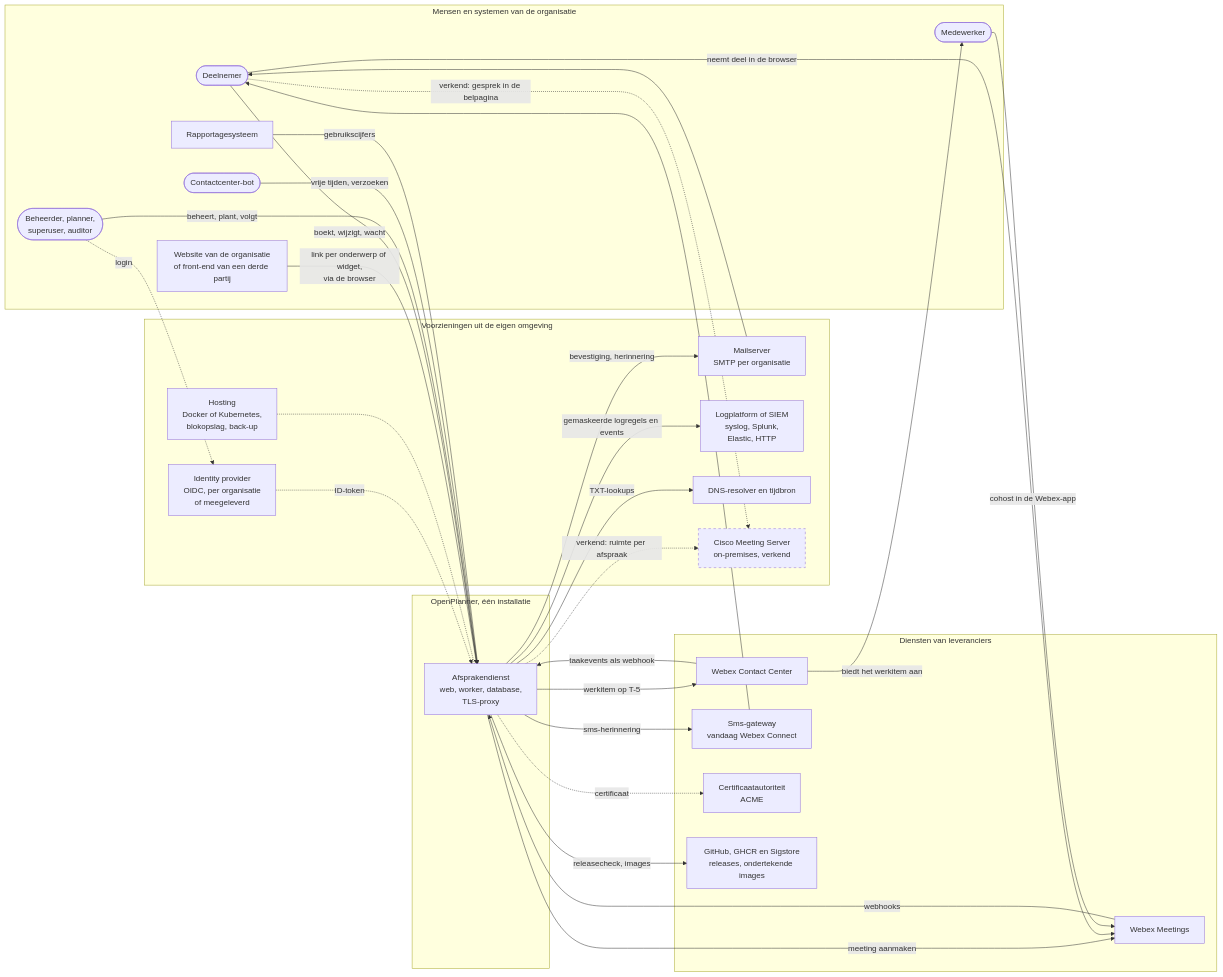
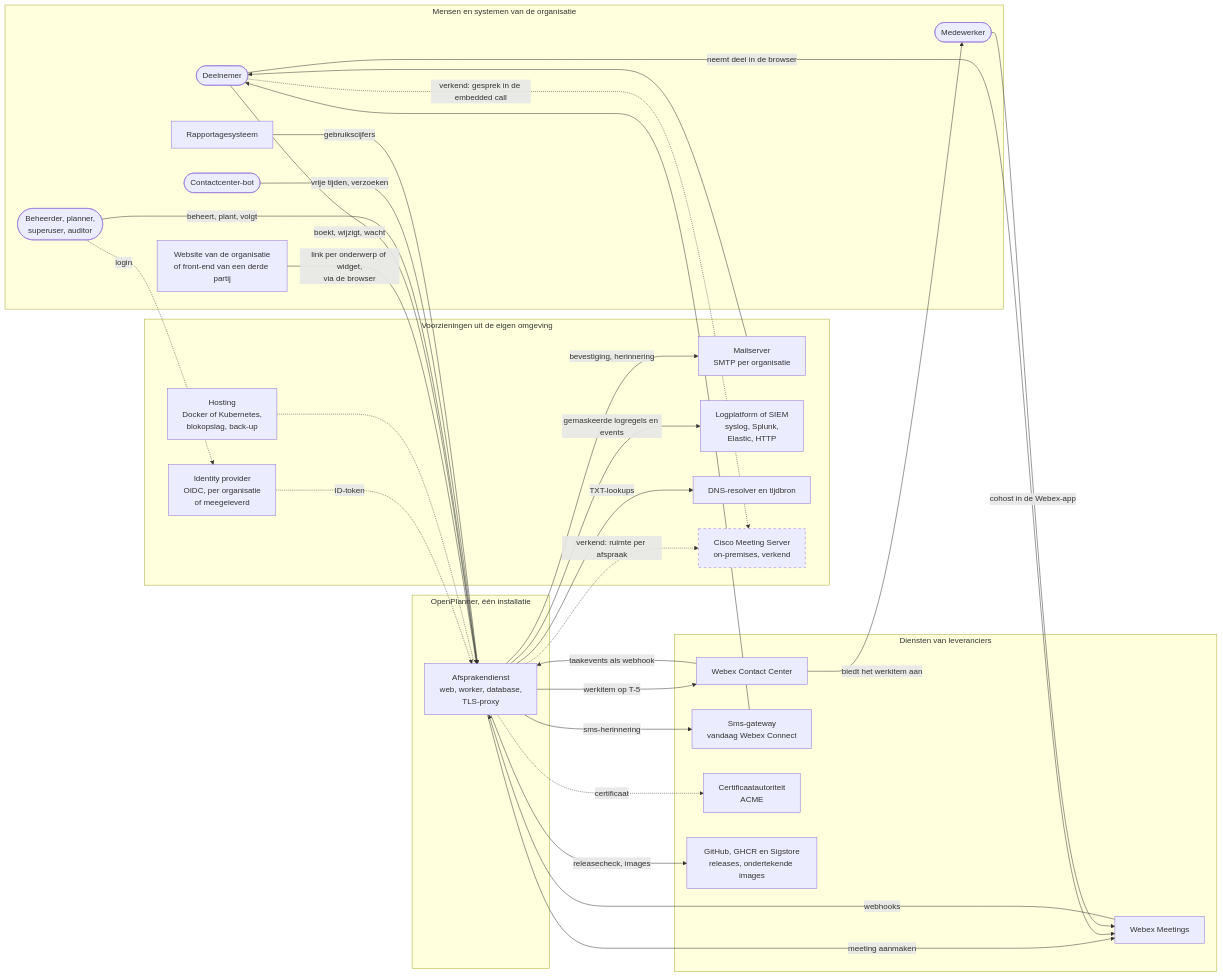
One commit to 3Corners-Labs/OpenPlanner changed the first of 9 diagrams in docs/applicatie-architectuur.md. Above: the diagram before and after it, drawn with Mermaid. The commit also changed other lines of this file and 7 other files, not shown here.

First line of the commit message:
docs: the ADR 0123 page is the embedded call in the architecture doc and plates

````diff
--- a/docs/applicatie-architectuur.md
+++ b/docs/applicatie-architectuur.md
@@ -306,58 +306,58 @@
 ```mermaid
 flowchart LR
     subgraph mensen [Mensen en systemen van de organisatie]
         deelnemer([Deelnemer])
         website[Website van de organisatie<br/>of front-end van een derde partij]
         beheerder([Beheerder, planner,<br/>superuser, auditor])
         agent([Medewerker])
         bot([Contactcenter-bot])
         rap[Rapportagesysteem]
     end
 
     subgraph op [OpenPlanner, één installatie]
         dienst[Afsprakendienst<br/>web, worker, database,<br/>TLS-proxy]
     end
 
     subgraph eigen [Voorzieningen uit de eigen omgeving]
         idp[Identity provider<br/>OIDC, per organisatie<br/>of meegeleverd]
         mail[Mailserver<br/>SMTP per organisatie]
         logs[Logplatform of SIEM<br/>syslog, Splunk,<br/>Elastic, HTTP]
         dns[DNS-resolver en tijdbron]
         hosting[Hosting<br/>Docker of Kubernetes,<br/>blokopslag, back-up]
         cms[Cisco Meeting Server<br/>on-premises, verkend]
     end
 
     subgraph leverancier [Diensten van leveranciers]
         video[Webex Meetings]
         cc[Webex Contact Center]
         sms[Sms-gateway<br/>vandaag Webex Connect]
         acme[Certificaatautoriteit<br/>ACME]
         gh[GitHub, GHCR en Sigstore<br/>releases, ondertekende images]
     end
 
     website -- "link per onderwerp of widget,<br/>via de browser" --> dienst
     deelnemer -- "boekt, wijzigt, wacht" --> dienst
     beheerder -- "beheert, plant, volgt" --> dienst
     bot -- "vrije tijden, verzoeken" --> dienst
     rap -- "gebruikscijfers" --> dienst
     dienst -- "bevestiging, herinnering" --> mail --> deelnemer
     dienst -- "sms-herinnering" --> sms --> deelnemer
     dienst -- "meeting aanmaken" --> video
     video -- "webhooks" --> dienst
     dienst -- "werkitem op T-5" --> cc
     cc -- "taakevents als webhook" --> dienst
     cc -- "biedt het werkitem aan" --> agent
     deelnemer -- "neemt deel in de browser" --> video
     agent -- "cohost in de Webex-app" --> video
     beheerder -. "login" .-> idp
     idp -. "ID-token" .-> dienst
     dienst -- "gemaskeerde logregels en events" --> logs
     dienst -- "TXT-lookups" --> dns
     dienst -- "releasecheck, images" --> gh
     dienst -. "certificaat" .-> acme
     hosting -.- dienst
     dienst -. "verkend: ruimte per afspraak" .-> cms
-    deelnemer -. "verkend: gesprek in de belpagina" .-> cms
+    deelnemer -. "verkend: gesprek in de embedded call" .-> cms
     classDef verkend stroke-dasharray: 5 5
     class cms verkend
 ```
````
